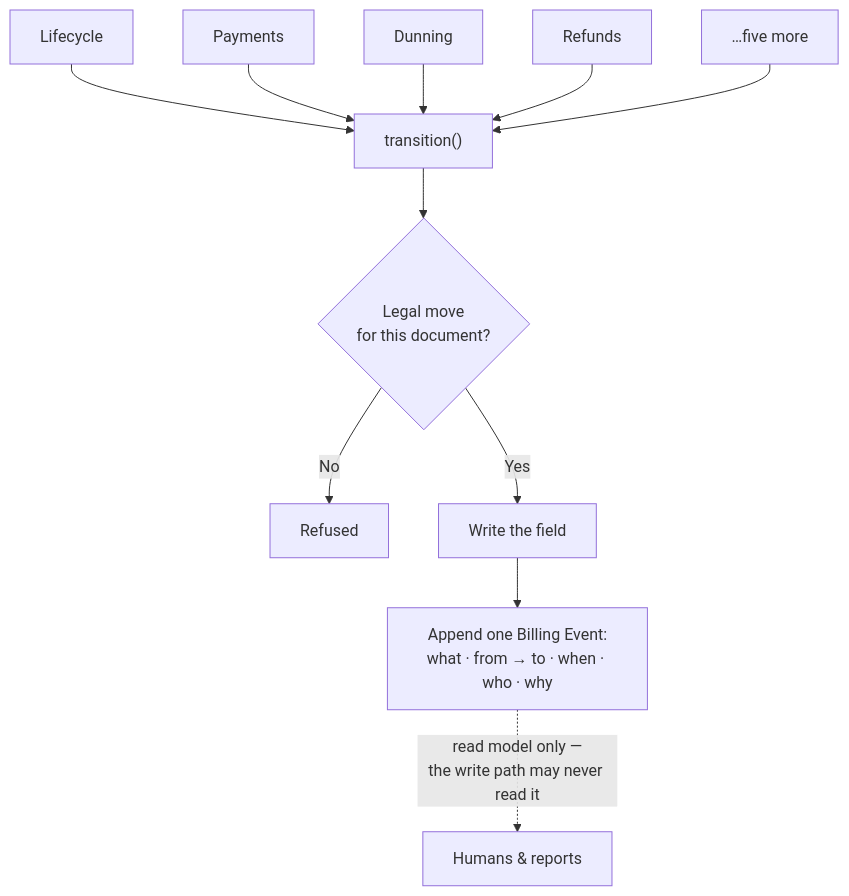
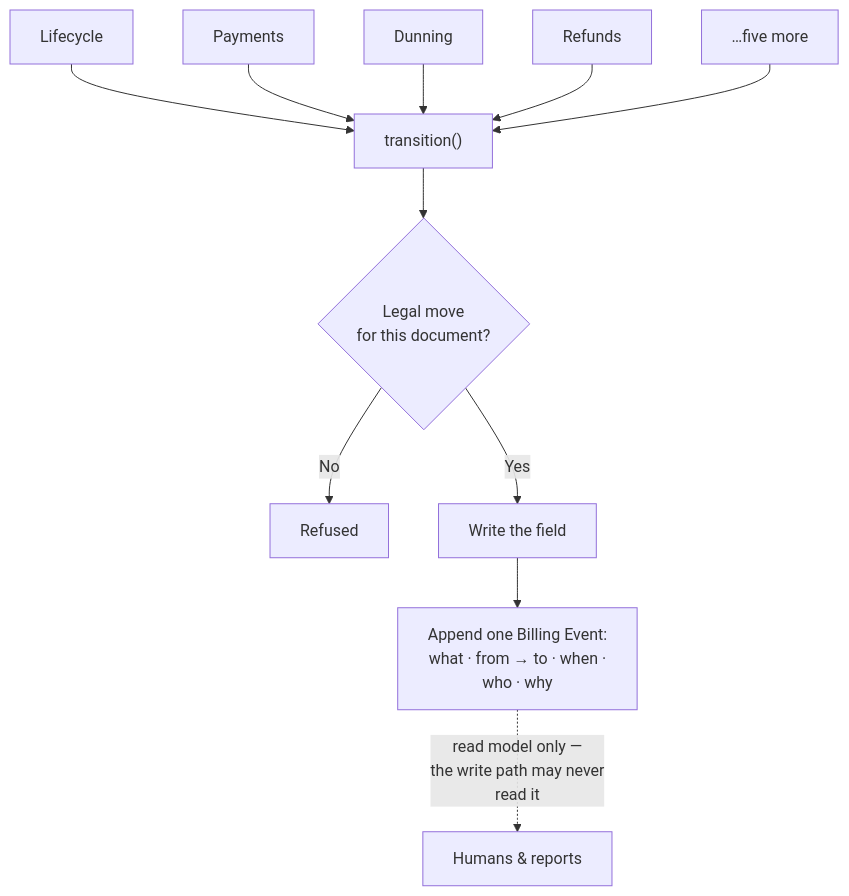
The eighth of 11 diagrams in billing-improvements-explained.md (saurabh6790/v2-billing-specs), drawn with Mermaid before and after one commit. The commit also changed other lines of this file and 27 other files, not shown here.

Commit message:
diagrams: render the excalidraw svgs, and the tool that makes them

````diff
--- a/billing-improvements-explained.md
+++ b/billing-improvements-explained.md
@@ -272,13 +303,18 @@
 ```mermaid
 flowchart TD
     A["Lifecycle"] --> G["transition()"]
     B["Payments"] --> G
     C["Dunning"] --> G
     D["Refunds"] --> G
     E["…five more"] --> G
-    G --> CHK{"Legal move<br/>for this document?"}
+    G --> CHK{"`Legal move
+for this document?`"}
     CHK -->|"No"| X["Refused"]
     CHK -->|"Yes"| S["Write the field"]
-    S --> LOG["Append one Billing Event:<br/>what · from → to · when · who · why"]
-    LOG -.->|"read model only —<br/>the write path may never read it"| RPT["Humans & reports"]
+    S --> LOG["`Append one Billing Event:
+what · from → to · when ·
+who · why`"]
+    LOG -.->|"`read model only —
+the write path may never
+read it`"| RPT["Humans & reports"]
 ```
````
